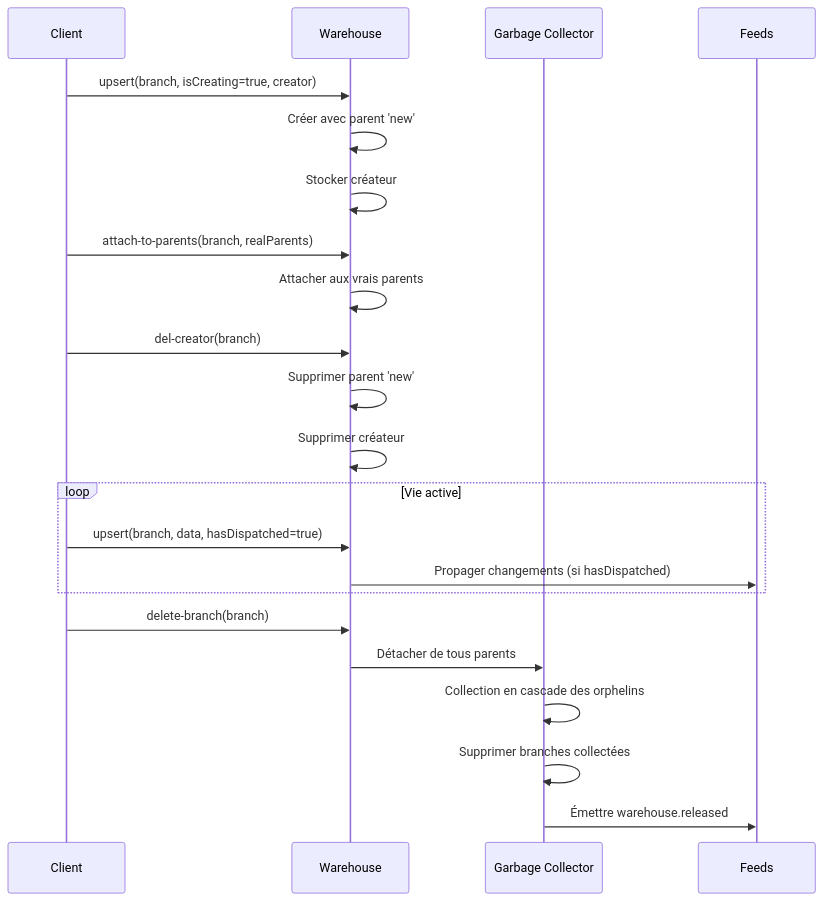
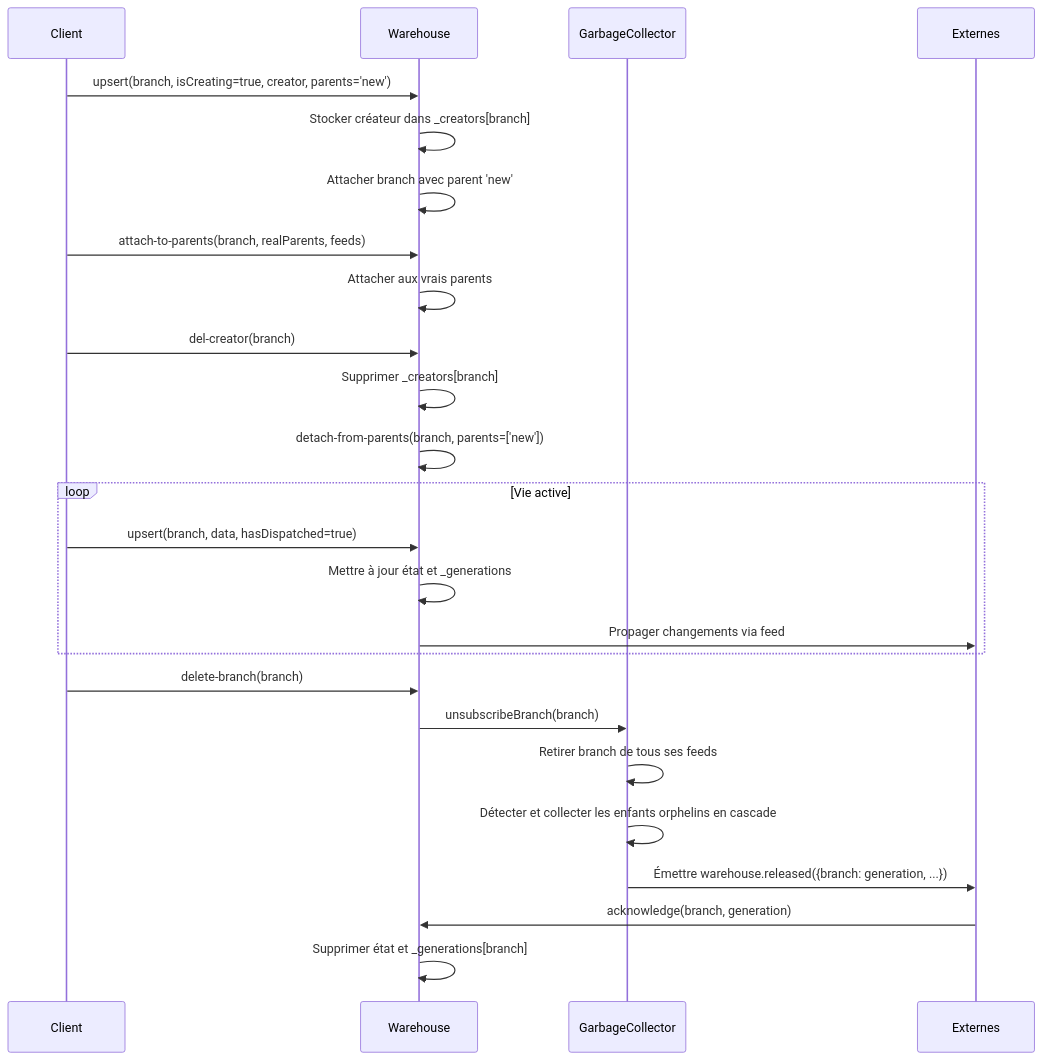
One commit to Xcraft-Inc/goblin-warehouse changed the second of 4 diagrams in doc/feeds.md. Above: the diagram before and after it, drawn with Mermaid. The commit also changed other lines of this file, not shown here.

````diff
--- a/doc/feeds.md
+++ b/doc/feeds.md
@@ -111,29 +107,33 @@
 ```mermaid
 sequenceDiagram
     participant Client
     participant Warehouse
-    participant GC as Garbage Collector
-    participant Feeds
+    participant GC as GarbageCollector
+    participant Externes
 
-    Client->>Warehouse: upsert(branch, isCreating=true, creator)
-    Warehouse->>Warehouse: Créer avec parent 'new'
-    Warehouse->>Warehouse: Stocker créateur
+    Client->>Warehouse: upsert(branch, isCreating=true, creator, parents='new')
+    Warehouse->>Warehouse: Stocker créateur dans _creators[branch]
+    Warehouse->>Warehouse: Attacher branch avec parent 'new'
 
-    Client->>Warehouse: attach-to-parents(branch, realParents)
+    Client->>Warehouse: attach-to-parents(branch, realParents, feeds)
     Warehouse->>Warehouse: Attacher aux vrais parents
 
     Client->>Warehouse: del-creator(branch)
-    Warehouse->>Warehouse: Supprimer parent 'new'
-    Warehouse->>Warehouse: Supprimer créateur
+    Warehouse->>Warehouse: Supprimer _creators[branch]
+    Warehouse->>Warehouse: detach-from-parents(branch, parents=['new'])
 
     loop Vie active
         Client->>Warehouse: upsert(branch, data, hasDispatched=true)
-        Warehouse->>Feeds: Propager changements (si hasDispatched)
+        Warehouse->>Warehouse: Mettre à jour état et _generations
+        Warehouse->>Externes: Propager changements via feed
     end
 
     Client->>Warehouse: delete-branch(branch)
-    Warehouse->>GC: Détacher de tous parents
-    GC->>GC: Collection en cascade des orphelins
-    GC->>GC: Supprimer branches collectées
-    GC->>Feeds: Émettre warehouse.released
+    Warehouse->>GC: unsubscribeBranch(branch)
+    GC->>GC: Retirer branch de tous ses feeds
+    GC->>GC: Détecter et collecter les enfants orphelins en cascade
+    GC->>Externes: Émettre warehouse.released({branch: generation, ...})
+
+    Externes->>Warehouse: acknowledge(branch, generation)
+    Warehouse->>Warehouse: Supprimer état et _generations[branch]
 ```
````
